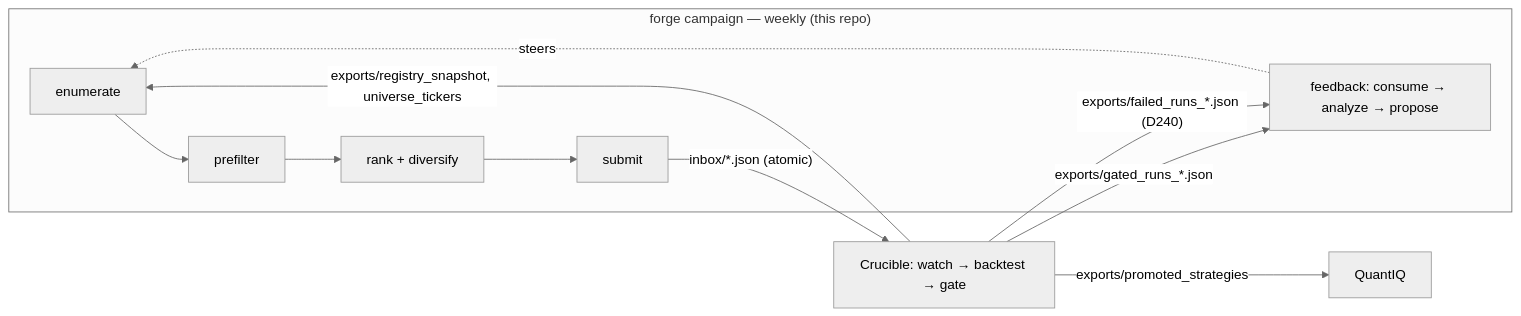
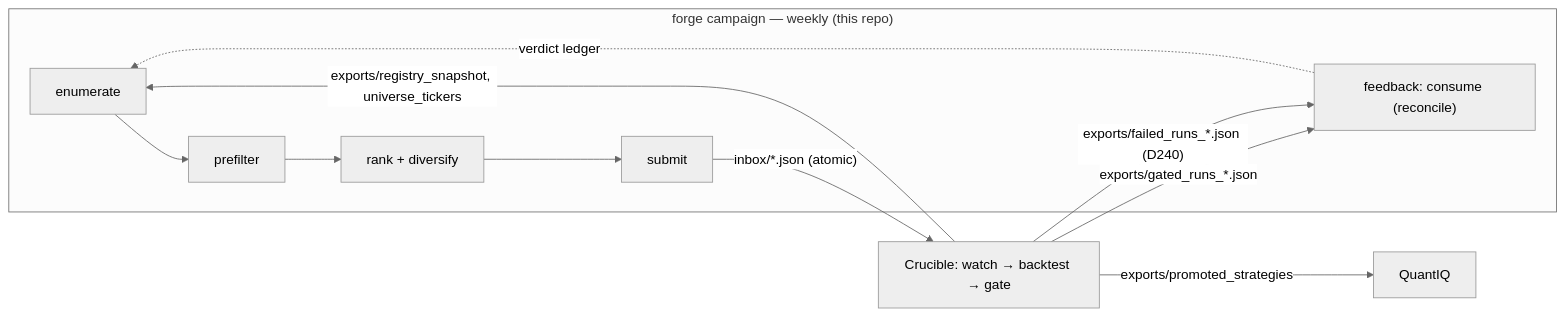
One commit to deloneyarthur/Forge changed the diagram in docs/architecture.md. Above: the diagram before and after it, drawn with Mermaid (neutral theme). The commit also changed other lines of this file and 2 other files, not shown here.

First line of the commit message:
docs(batch5-G3): feedback breakdown = the four survivors; per-batch order marked daemon-era; Terms entries for the retired weight machinery; MANPAGE table notes; feedback-change.md retired

````diff
--- a/docs/architecture.md
+++ b/docs/architecture.md
@@ -12,12 +12,12 @@
 ```mermaid
 flowchart LR
     subgraph Forge["forge campaign — weekly (this repo)"]
         E[enumerate] --> P[prefilter] --> R[rank + diversify] --> S[submit]
-        F["feedback: consume → analyze → propose"] -. steers .-> E
+        F["feedback: consume (reconcile)"] -. verdict ledger .-> E
     end
     S -- "inbox/*.json (atomic)" --> C["Crucible: watch → backtest → gate"]
     C -- "exports/gated_runs_*.json" --> F
     C -- "exports/failed_runs_*.json (D240)" --> F
     C -- "exports/registry_snapshot, universe_tickers" --> E
     C -- "exports/promoted_strategies" --> Q[QuantIQ]
 ```
````
